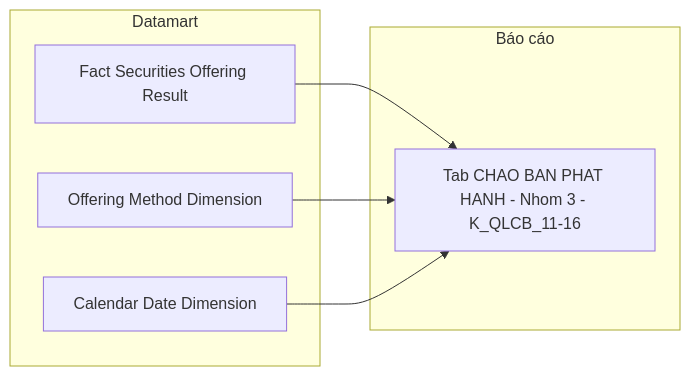
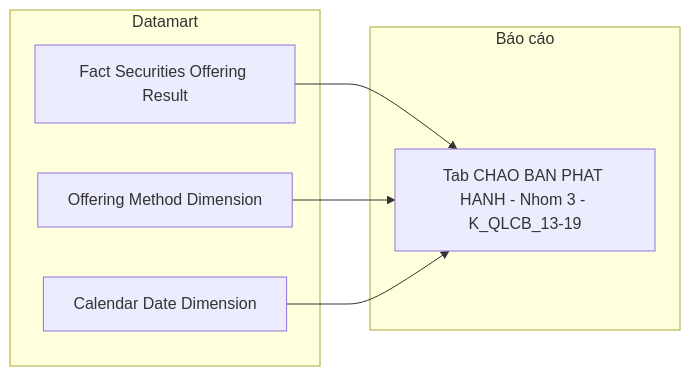
Before and after one commit to linhlvit/ubck_atomic_design: diagram 11 of 22 in Datamart/hld/DTM_QLCB_HLD.md, drawn with Mermaid. The commit also changed other lines of this file and 17 other files, not shown here.

````diff
--- a/Datamart/hld/DTM_QLCB_HLD.md
+++ b/Datamart/hld/DTM_QLCB_HLD.md
@@ -435,14 +536,14 @@
 ```mermaid
 flowchart LR
     subgraph Datamart["Datamart"]
         G1["Fact Securities Offering Result"]
         G3["Offering Method Dimension"]
         G4["Calendar Date Dimension"]
     end
     subgraph RPT["Báo cáo"]
-        R3["Tab CHAO BAN PHAT HANH - Nhom 3 - K_QLCB_11-16"]
+        R3["Tab CHAO BAN PHAT HANH - Nhom 3 - K_QLCB_13-19"]
     end
     G1 --> R3
     G3 --> R3
     G4 --> R3
 ```
````
